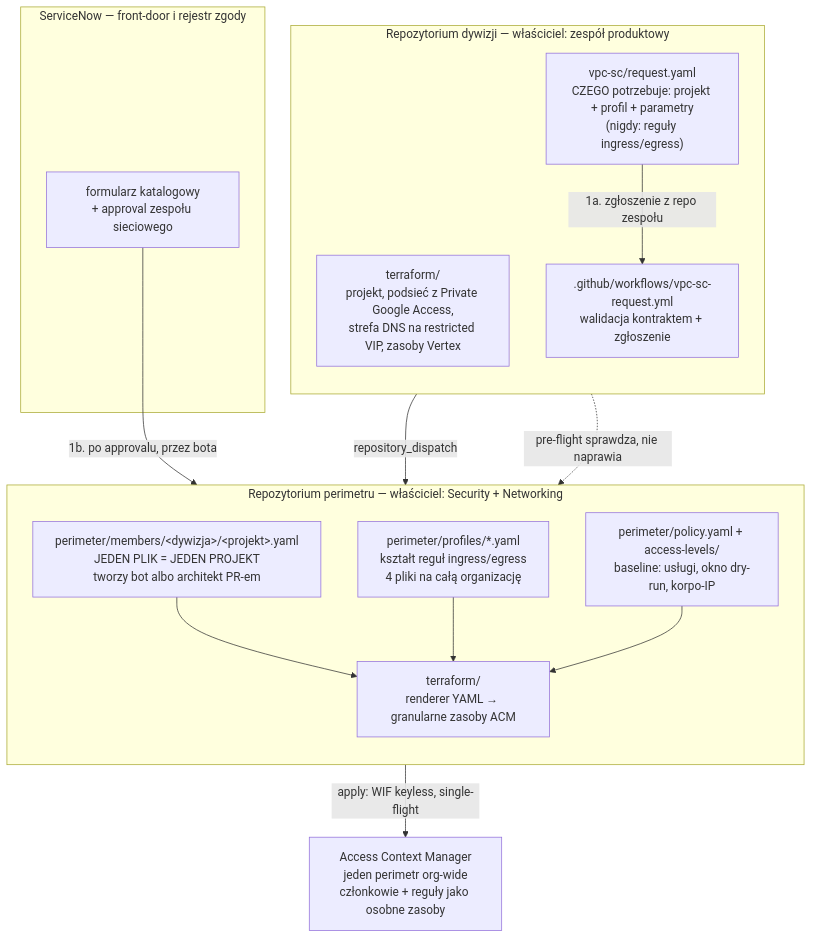
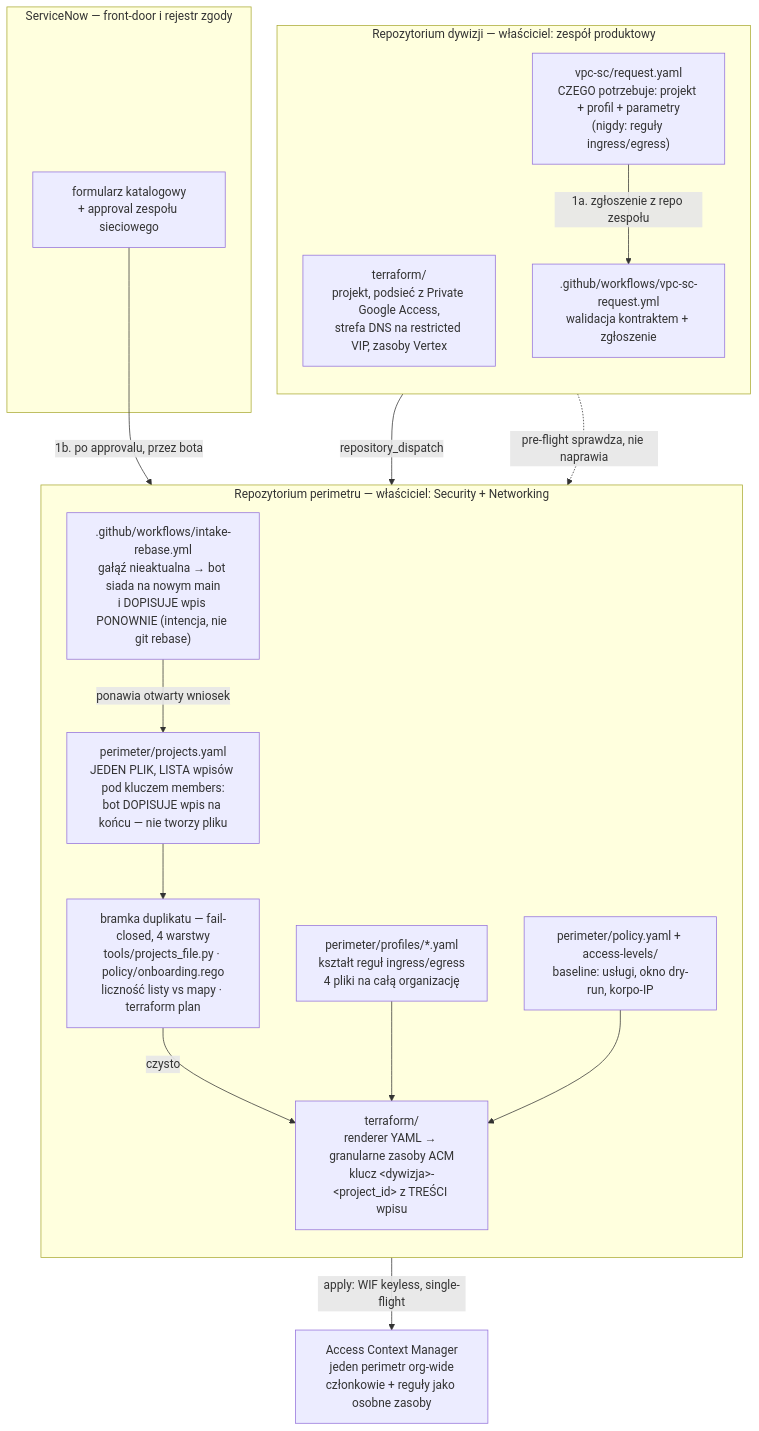
One commit to CptDolphin/gcp-vpc-sc changed the diagram in docs/diagrams/D5-struktura-folderow.mmd. Above: the diagram before and after it, drawn with Mermaid. The commit also changed 47 other files, not shown here.

```diff
--- a/docs/diagrams/D5-struktura-folderow.mmd
+++ b/docs/diagrams/D5-struktura-folderow.mmd
@@ -1,30 +1,34 @@
 flowchart TB
     subgraph DIV["Repozytorium dywizji — właściciel: zespół produktowy"]
         direction TB
         D1["terraform/<br/>projekt, podsieć z Private Google Access,<br/>strefa DNS na restricted VIP, zasoby Vertex"]
         D2["vpc-sc/request.yaml<br/>CZEGO potrzebuje: projekt + profil + parametry<br/>(nigdy: reguły ingress/egress)"]
         D3[".github/workflows/vpc-sc-request.yml<br/>walidacja kontraktem + zgłoszenie"]
     end
 
     subgraph SNOW["ServiceNow — front-door i rejestr zgody"]
         S1["formularz katalogowy<br/>+ approval zespołu sieciowego"]
     end
 
     subgraph PER["Repozytorium perimetru — właściciel: Security + Networking"]
         direction TB
-        P1["perimeter/members/&lt;dywizja&gt;/&lt;projekt&gt;.yaml<br/>JEDEN PLIK = JEDEN PROJEKT<br/>tworzy bot albo architekt PR-em"]
+        P1["perimeter/projects.yaml<br/>JEDEN PLIK, LISTA wpisów pod kluczem members:<br/>bot DOPISUJE wpis na końcu — nie tworzy pliku"]
+        P5["bramka duplikatu — fail-closed, 4 warstwy<br/>tools/projects_file.py · policy/onboarding.rego<br/>liczność listy vs mapy · terraform plan"]
+        P6[".github/workflows/intake-rebase.yml<br/>gałąź nieaktualna → bot siada na nowym main<br/>i DOPISUJE wpis PONOWNIE (intencja, nie git rebase)"]
         P2["perimeter/profiles/*.yaml<br/>kształt reguł ingress/egress<br/>4 pliki na całą organizację"]
         P3["perimeter/policy.yaml + access-levels/<br/>baseline: usługi, okno dry-run, korpo-IP"]
-        P4["terraform/<br/>renderer YAML → granularne zasoby ACM"]
+        P4["terraform/<br/>renderer YAML → granularne zasoby ACM<br/>klucz &lt;dywizja&gt;-&lt;project_id&gt; z TREŚCI wpisu"]
     end
 
     GCP["Access Context Manager<br/>jeden perimetr org-wide<br/>członkowie + reguły jako osobne zasoby"]
 
     D2 -->|"1a. zgłoszenie z repo zespołu"| D3
     D3 -->|"repository_dispatch"| P1
     S1 -->|"1b. po approvalu, przez bota"| P1
-    P1 --> P4
+    P6 -->|"ponawia otwarty wniosek"| P1
+    P1 --> P5
+    P5 -->|"czysto"| P4
     P2 --> P4
     P3 --> P4
     P4 -->|"apply: WIF keyless, single-flight"| GCP
     D1 -.->|"pre-flight sprawdza, nie naprawia"| P4
```
